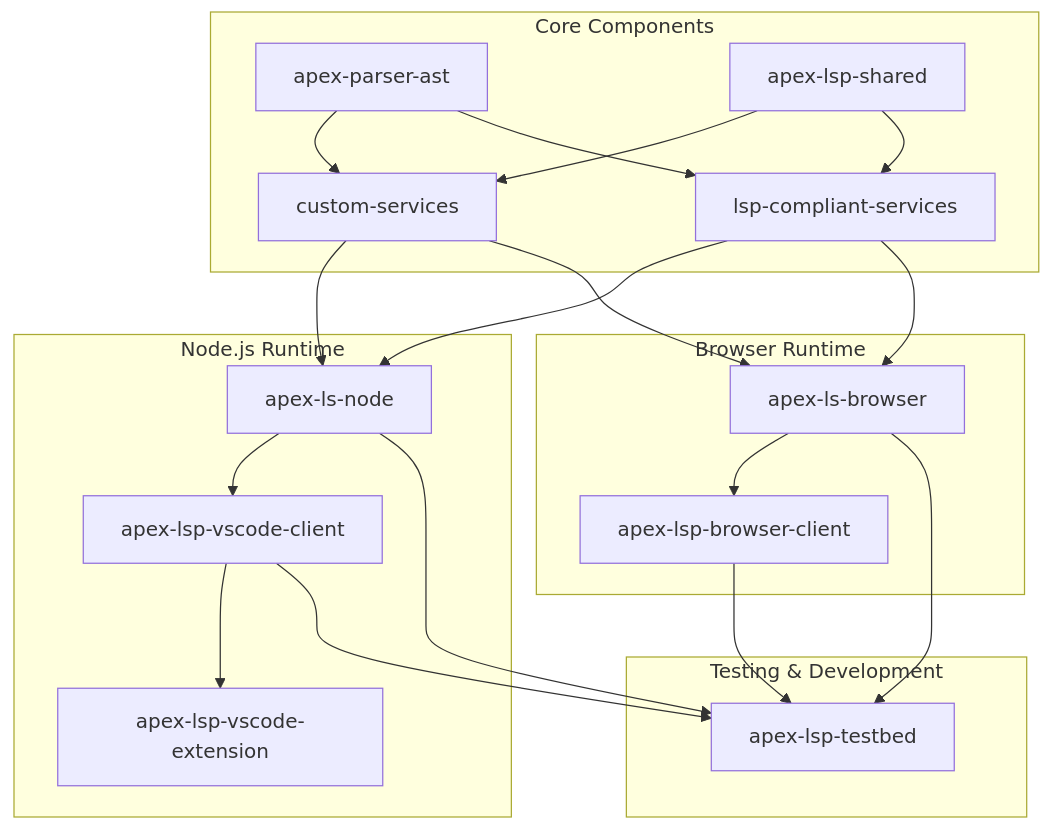
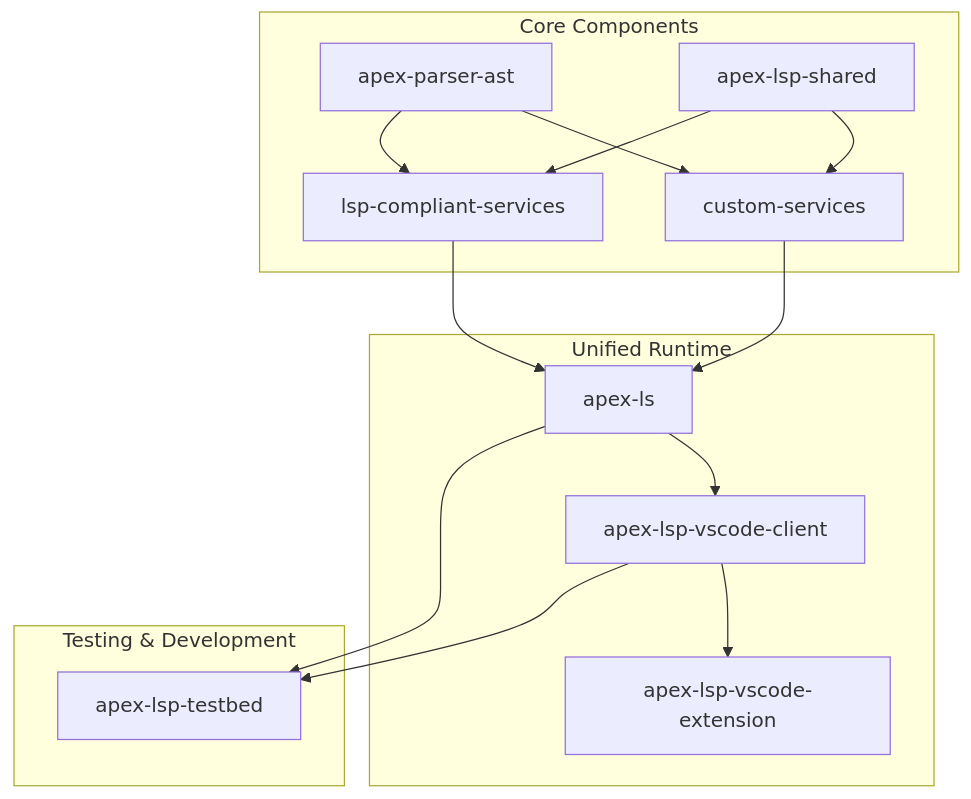
The diagram in README.md (forcedotcom/apex-language-support), drawn with Mermaid before and after one commit. The commit also changed other lines of this file and 102 other files, not shown here.

````diff
--- a/README.md
+++ b/README.md
@@ -11,47 +11,35 @@
 ```mermaid
 graph TD
     subgraph "Core Components"
         apex-parser-ast[apex-parser-ast]
         custom-services[custom-services]
         lsp-compliant-services[lsp-compliant-services]
         apex-lsp-shared[apex-lsp-shared]
     end
 
-    subgraph "Node.js Runtime"
-        apex-ls-node[apex-ls-node]
+    subgraph "Unified Runtime"
+        apex-ls[apex-ls]
         apex-lsp-vscode-extension[apex-lsp-vscode-extension]
         apex-lsp-vscode-client[apex-lsp-vscode-client]
-    end
-
-    subgraph "Browser Runtime"
-        apex-ls-browser[apex-ls-browser]
-        apex-lsp-browser-client[apex-lsp-browser-client]
     end
 
     subgraph "Testing & Development"
         apex-lsp-testbed[apex-lsp-testbed]
     end
 
     %% Core dependencies
     apex-parser-ast --> custom-services
     apex-parser-ast --> lsp-compliant-services
     apex-lsp-shared --> custom-services
     apex-lsp-shared --> lsp-compliant-services
 
-    %% Node.js implementation
-    custom-services --> apex-ls-node
-    lsp-compliant-services --> apex-ls-node
-    apex-ls-node --> apex-lsp-vscode-client
+    %% Unified implementation
+    custom-services --> apex-ls
+    lsp-compliant-services --> apex-ls
+    apex-ls --> apex-lsp-vscode-client
     apex-lsp-vscode-client --> apex-lsp-vscode-extension
 
-    %% Browser implementation
-    custom-services --> apex-ls-browser
-    lsp-compliant-services --> apex-ls-browser
-    apex-ls-browser --> apex-lsp-browser-client
-
     %% Testing dependencies
-    apex-ls-node --> apex-lsp-testbed
-    apex-ls-browser --> apex-lsp-testbed
+    apex-ls --> apex-lsp-testbed
     apex-lsp-vscode-client --> apex-lsp-testbed
-    apex-lsp-browser-client --> apex-lsp-testbed
 ```
````
